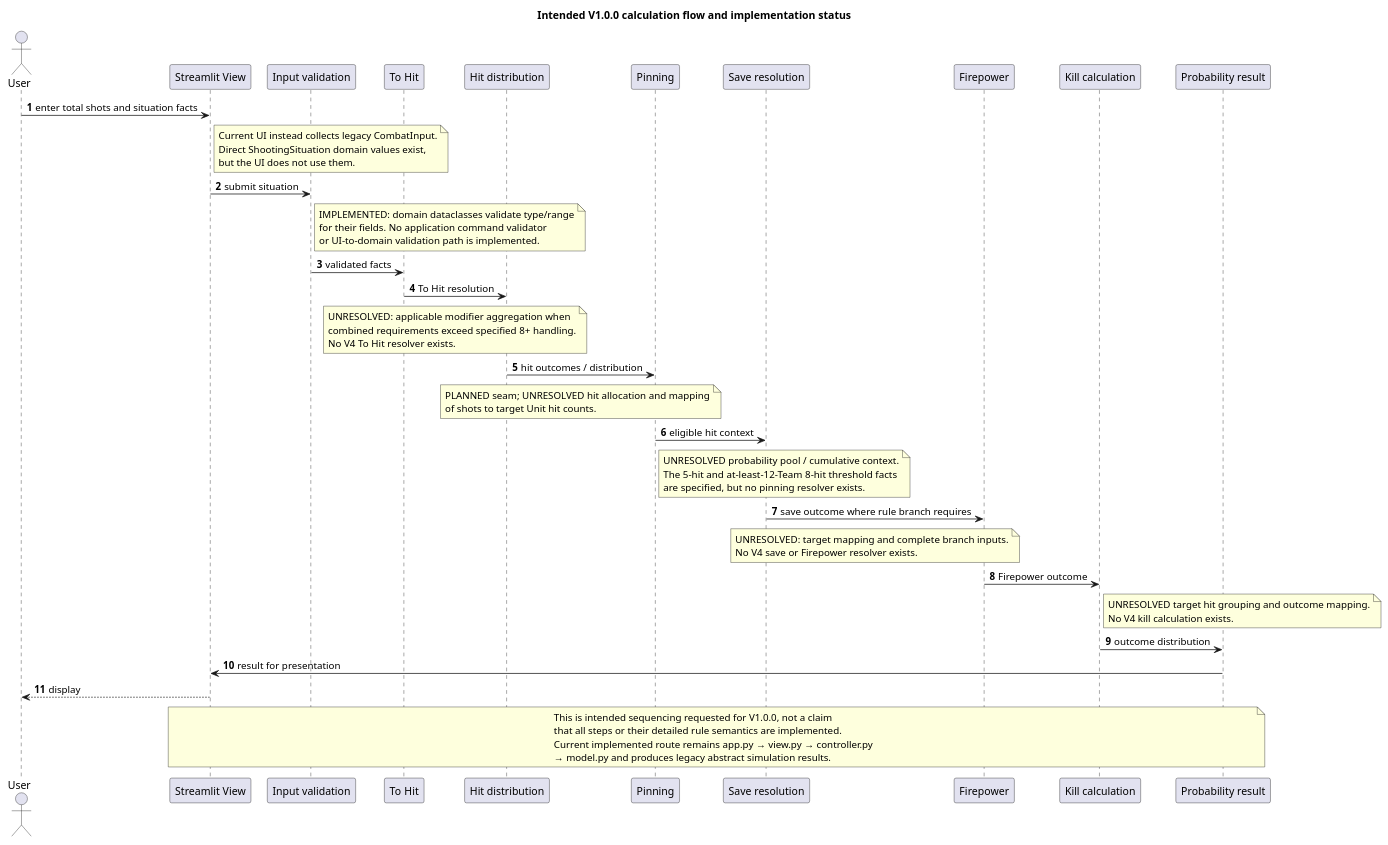
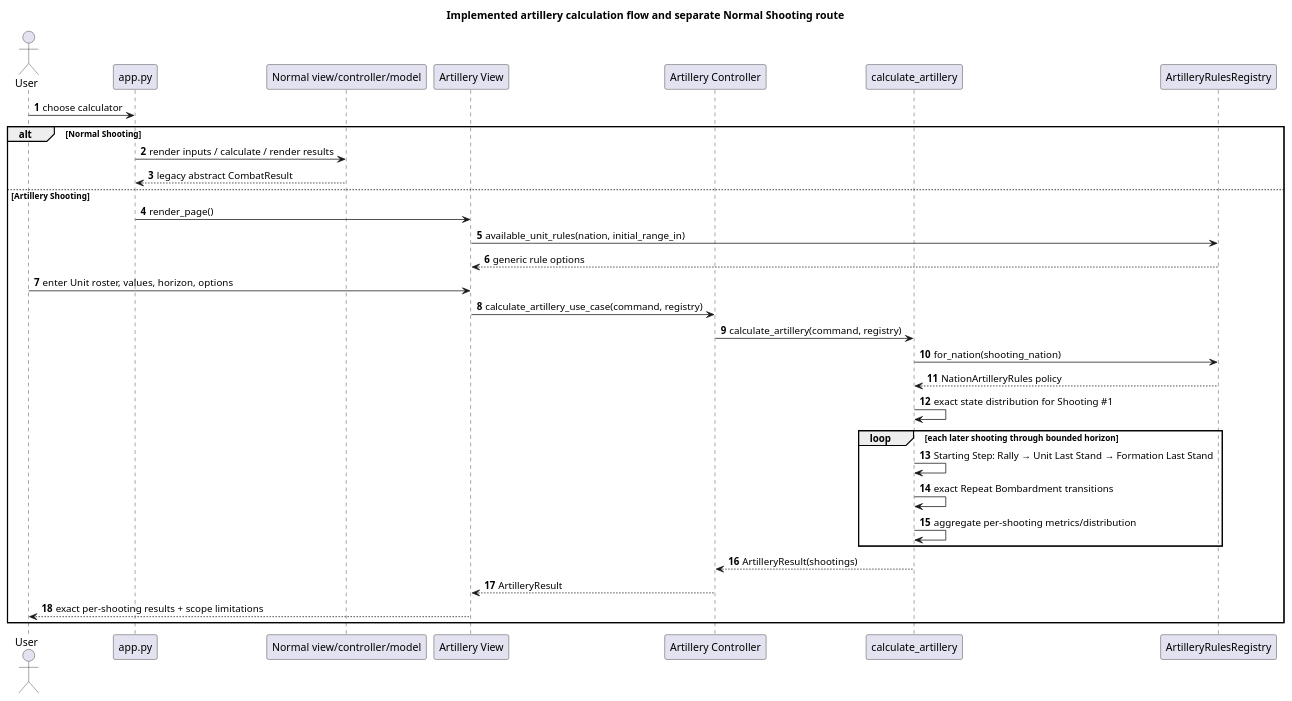
One commit to theflamio/flames_of_war_combat_calculator changed the diagram in doc/uml/calculation-flow.puml. Above: the diagram before and after it, drawn with PlantUML. The commit also changed 13 other files, not shown here.

Commit message:
added artilly view model and controller

```diff
--- a/doc/uml/calculation-flow.puml
+++ b/doc/uml/calculation-flow.puml
@@ -1,65 +1,35 @@
 @startuml
-title Intended V1.0.0 calculation flow and implementation status
+title Implemented artillery calculation flow and separate Normal Shooting route
 autonumber
 actor User
-participant "Streamlit View" as View
-participant "Input validation" as Validation
-participant "To Hit" as ToHit
-participant "Hit distribution" as Hits
-participant "Pinning" as Pinning
-participant "Save resolution" as Save
-participant "Firepower" as FP
-participant "Kill calculation" as Kills
-participant "Probability result" as Result
+participant "app.py" as App
+participant "Normal view/controller/model" as Normal
+participant "Artillery View" as View
+participant "Artillery Controller" as Controller
+participant "calculate_artillery" as Resolver
+participant "ArtilleryRulesRegistry" as Registry
 
-User -> View : enter total shots and situation facts
-note right of View
-Current UI instead collects legacy CombatInput.
-Direct ShootingSituation domain values exist,
-but the UI does not use them.
-end note
-View -> Validation : submit situation
-note right of Validation
-IMPLEMENTED: domain dataclasses validate type/range
-for their fields. No application command validator
-or UI-to-domain validation path is implemented.
-end note
-Validation -> ToHit : validated facts
-ToHit -> Hits : To Hit resolution
-note over ToHit,Hits
-UNRESOLVED: applicable modifier aggregation when
-combined requirements exceed specified 8+ handling.
-No V4 To Hit resolver exists.
-end note
-Hits -> Pinning : hit outcomes / distribution
-note over Hits,Pinning
-PLANNED seam; UNRESOLVED hit allocation and mapping
-of shots to target Unit hit counts.
-end note
-Pinning -> Save : eligible hit context
-note right of Pinning
-UNRESOLVED probability pool / cumulative context.
-The 5-hit and at-least-12-Team 8-hit threshold facts
-are specified, but no pinning resolver exists.
-end note
-Save -> FP : save outcome where rule branch requires
-note over Save,FP
-UNRESOLVED: target mapping and complete branch inputs.
-No V4 save or Firepower resolver exists.
-end note
-FP -> Kills : Firepower outcome
-note right of Kills
-UNRESOLVED target hit grouping and outcome mapping.
-No V4 kill calculation exists.
-end note
-Kills -> Result : outcome distribution
-Result -> View : result for presentation
-View --> User : display
-
-note over View,Result
-This is intended sequencing requested for V1.0.0, not a claim
-that all steps or their detailed rule semantics are implemented.
-Current implemented route remains app.py → view.py → controller.py
-→ model.py and produces legacy abstract simulation results.
-end note
+User -> App : choose calculator
+alt Normal Shooting
+  App -> Normal : render inputs / calculate / render results
+  Normal --> App : legacy abstract CombatResult
+else Artillery Shooting
+  App -> View : render_page()
+  View -> Registry : available_unit_rules(nation, initial_range_in)
+  Registry --> View : generic rule options
+  User -> View : enter Unit roster, values, horizon, options
+  View -> Controller : calculate_artillery_use_case(command, registry)
+  Controller -> Resolver : calculate_artillery(command, registry)
+  Resolver -> Registry : for_nation(shooting_nation)
+  Registry --> Resolver : NationArtilleryRules policy
+  Resolver -> Resolver : exact state distribution for Shooting #1
+  loop each later shooting through bounded horizon
+    Resolver -> Resolver : Starting Step: Rally → Unit Last Stand → Formation Last Stand
+    Resolver -> Resolver : exact Repeat Bombardment transitions
+    Resolver -> Resolver : aggregate per-shooting metrics/distribution
+  end
+  Resolver --> Controller : ArtilleryResult(shootings)
+  Controller --> View : ArtilleryResult
+  View --> User : exact per-shooting results + scope limitations
+end
 @enduml
```
